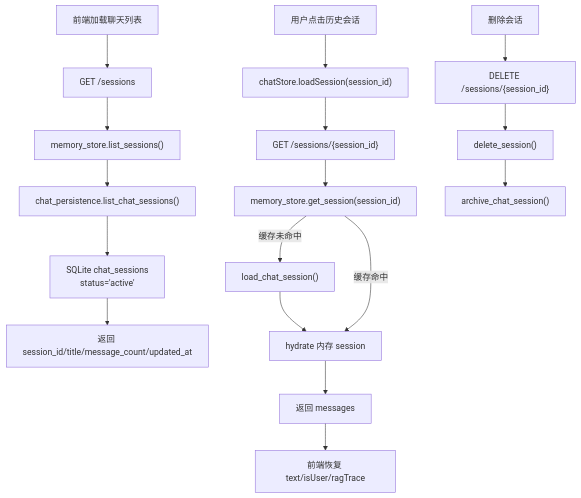
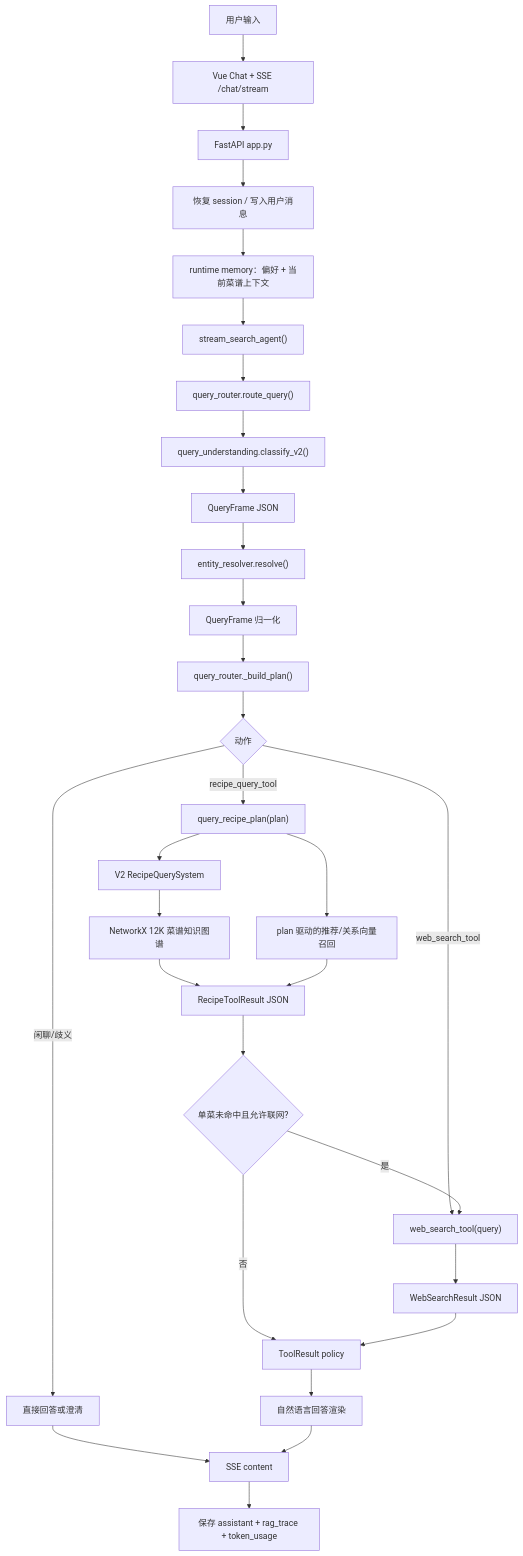
Before and after one commit to QDcvd/CookGraph: the first of 3 diagrams in doc/USER_MESSAGE_CALL_CHAIN.md, drawn with Mermaid. The commit also changed other lines of this file and 52 other files, not shown here.

First line of the commit message:
V2 参数化工具调用重构 + 实体解析器 + query_router plan 流水线

````diff
--- a/doc/USER_MESSAGE_CALL_CHAIN.md
+++ b/doc/USER_MESSAGE_CALL_CHAIN.md
@@ -119,21 +7,32 @@
 ```mermaid
 flowchart TD
-    A["前端加载聊天列表"] --> B["GET /sessions"]
-    B --> C["memory_store.list_sessions()"]
-    C --> D["chat_persistence.list_chat_sessions()"]
-    D --> E["SQLite chat_sessions<br/>status='active'"]
-    E --> F["返回 session_id/title/message_count/updated_at"]
-
-    G["用户点击历史会话"] --> H["chatStore.loadSession(session_id)"]
-    H --> I["GET /sessions/{session_id}"]
-    I --> J["memory_store.get_session(session_id)"]
-    J -->|缓存未命中| K["load_chat_session()"]
-    K --> L["hydrate 内存 session"]
-    J -->|缓存命中| L
-    L --> M["返回 messages"]
-    M --> N["前端恢复 text/isUser/ragTrace"]
-
-    O["删除会话"] --> P["DELETE /sessions/{session_id}"]
-    P --> Q["delete_session()"]
-    Q --> R["archive_chat_session()"]
+    A["用户输入"] --> B["Vue Chat + SSE /chat/stream"]
+    B --> C["FastAPI app.py"]
+    C --> D["恢复 session / 写入用户消息"]
+    D --> E["runtime memory：偏好 + 当前菜谱上下文"]
+    E --> F["stream_search_agent()"]
+    F --> G["query_router.route_query()"]
+    G --> H["query_understanding.classify_v2()"]
+    H --> I["QueryFrame JSON"]
+    I --> J["entity_resolver.resolve()"]
+    J --> K["QueryFrame 归一化"]
+    K --> L["query_router._build_plan()"]
+    L --> M{"动作"}
+    M -->|闲聊/歧义| N["直接回答或澄清"]
+    M -->|recipe_query_tool| O["query_recipe_plan(plan)"]
+    M -->|web_search_tool| P["web_search_tool(query)"]
+    O --> Q["V2 RecipeQuerySystem"]
+    Q --> R["NetworkX 12K 菜谱知识图谱"]
+    O --> S["plan 驱动的推荐/关系向量召回"]
+    R --> T["RecipeToolResult JSON"]
+    S --> T
+    P --> U["WebSearchResult JSON"]
+    T --> V{"单菜未命中且允许联网?"}
+    V -->|是| P
+    V -->|否| W["ToolResult policy"]
+    U --> W
+    W --> X["自然语言回答渲染"]
+    N --> Y["SSE content"]
+    X --> Y
+    Y --> Z["保存 assistant + rag_trace + token_usage"]
 ```
````
